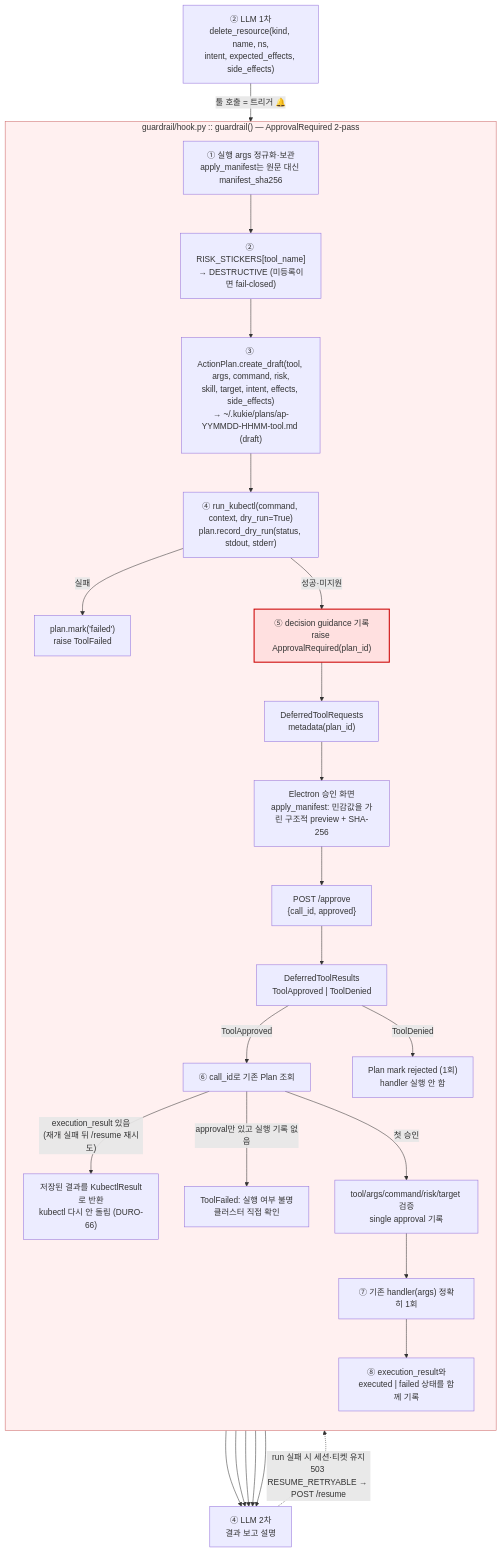
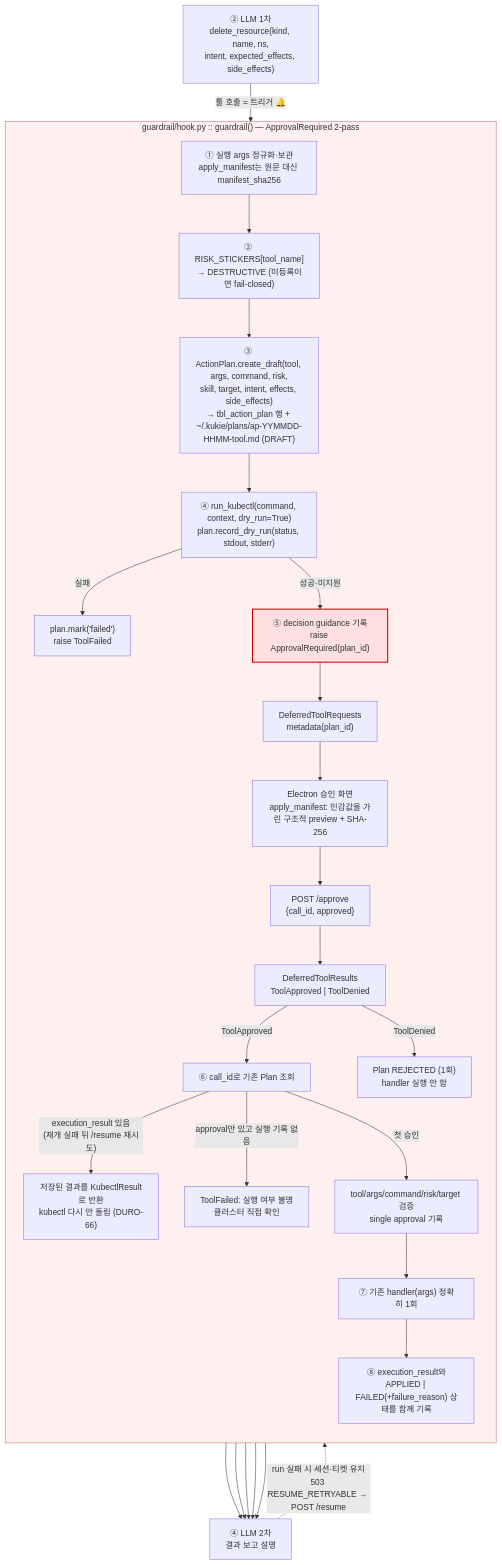
The second of 3 diagrams in docs/agent-flow.md (durokukie/agent), drawn with Mermaid before and after one commit. The commit also changed other lines of this file and 16 other files, not shown here.

First line of the commit message:
feat: Action Plan 을 tbl_action_plan 표로 — 승인 카드·결정·실행 결과를 DB 에 (#58)

````diff
--- a/docs/agent-flow.md
+++ b/docs/agent-flow.md
@@ -51,36 +51,36 @@
 ```mermaid
 flowchart TD
     L1["② LLM 1차<br/>delete_resource(kind, name, ns,<br/>intent, expected_effects, side_effects)"]
     L1 -->|"툴 호출 = 트리거 🔔"| H
 
     subgraph H["guardrail/hook.py :: guardrail() — ApprovalRequired 2-pass"]
         direction TB
         H1["① 실행 args 정규화·보관<br/>apply_manifest는 원문 대신 manifest_sha256"]
         H1 --> H2["② RISK_STICKERS[tool_name]<br/>→ DESTRUCTIVE (미등록이면 fail-closed)"]
-        H2 --> H3["③ ActionPlan.create_draft(tool, args, command, risk,<br/>skill, target, intent, effects, side_effects)<br/>→ ~/.kukie/plans/ap-YYMMDD-HHMM-tool.md (draft)"]
+        H2 --> H3["③ ActionPlan.create_draft(tool, args, command, risk,<br/>skill, target, intent, effects, side_effects)<br/>→ tbl_action_plan 행 + ~/.kukie/plans/ap-YYMMDD-HHMM-tool.md (DRAFT)"]
         H3 --> H4["④ run_kubectl(command, context, dry_run=True)<br/>plan.record_dry_run(status, stdout, stderr)"]
         H4 -->|"실패"| H4F["plan.mark('failed')<br/>raise ToolFailed"]
         H4 -->|"성공·미지원"| H5["⑤ decision guidance 기록<br/>raise ApprovalRequired(plan_id)"]
         H5 --> P["DeferredToolRequests<br/>metadata(plan_id)"]
         P --> E["Electron 승인 화면<br/>apply_manifest: 민감값을 가린 구조적 preview + SHA-256"]
         E --> A["POST /approve<br/>{call_id, approved}"]
         A --> D["DeferredToolResults<br/>ToolApproved | ToolDenied"]
         D -->|"ToolApproved"| H5P["⑥ call_id로 기존 Plan 조회"]
         H5P -->|"execution_result 있음<br/>(재개 실패 뒤 /resume 재시도)"| H5X["저장된 결과를 KubectlResult로 반환<br/>kubectl 다시 안 돌림 (DURO-66)"]
         H5P -->|"approval만 있고 실행 기록 없음"| H5U["ToolFailed: 실행 여부 불명<br/>클러스터 직접 확인"]
         H5P -->|"첫 승인"| H5A["tool/args/command/risk/target 검증<br/>single approval 기록"]
-        D -->|"ToolDenied"| H5R["Plan mark rejected (1회)<br/>handler 실행 안 함"]
+        D -->|"ToolDenied"| H5R["Plan REJECTED (1회)<br/>handler 실행 안 함"]
         H5A --> H6["⑦ 기존 handler(args) 정확히 1회"]
-        H6 --> H7["⑧ execution_result와<br/>executed | failed 상태를 함께 기록"]
+        H6 --> H7["⑧ execution_result와<br/>APPLIED | FAILED(+failure_reason) 상태를 함께 기록"]
     end
 
     H7 --> L2["④ LLM 2차<br/>결과 보고 설명"]
     H5X --> L2
     H5U --> L2
     H4F --> L2
     H5R --> L2
     L2 -.->|"run 실패 시 세션·티켓 유지<br/>503 RESUME_RETRYABLE → POST /resume"| A
 
     style H fill:#fff0f0,stroke:#c66
     style H5 fill:#ffe0e0,stroke:#c00,stroke-width:2px
 ```
````
